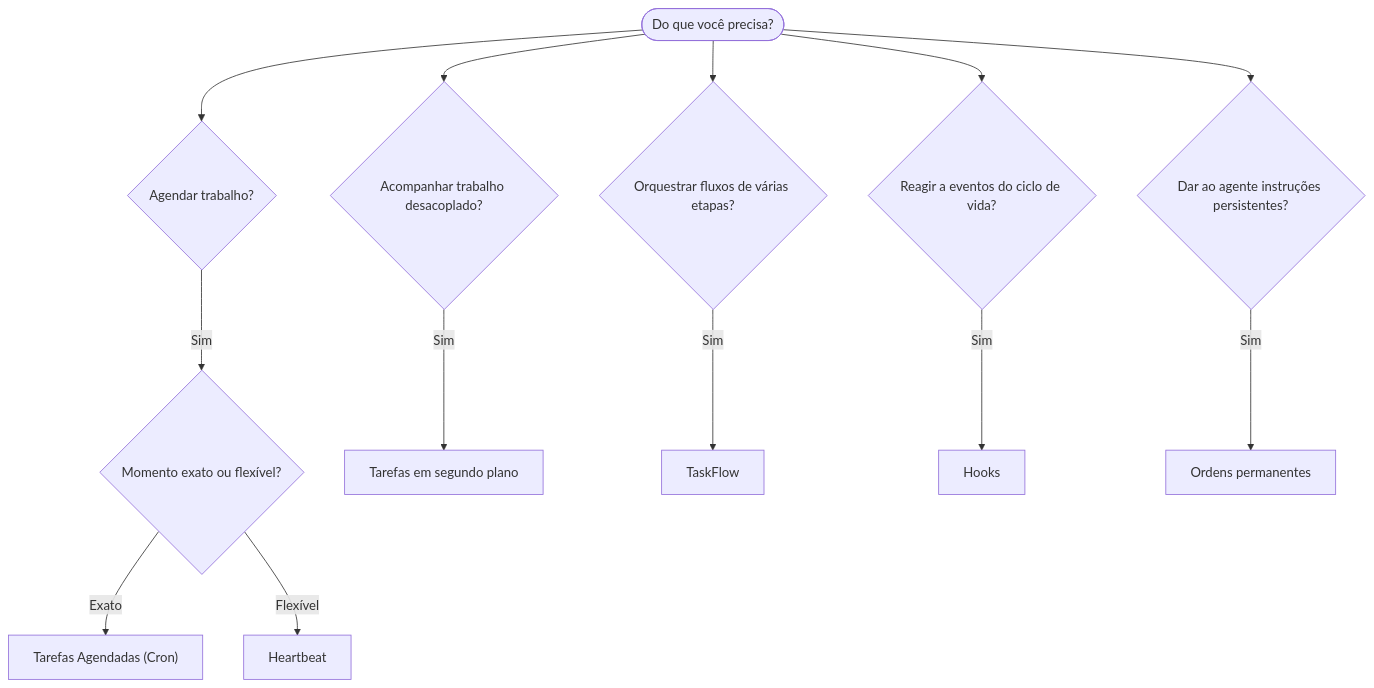
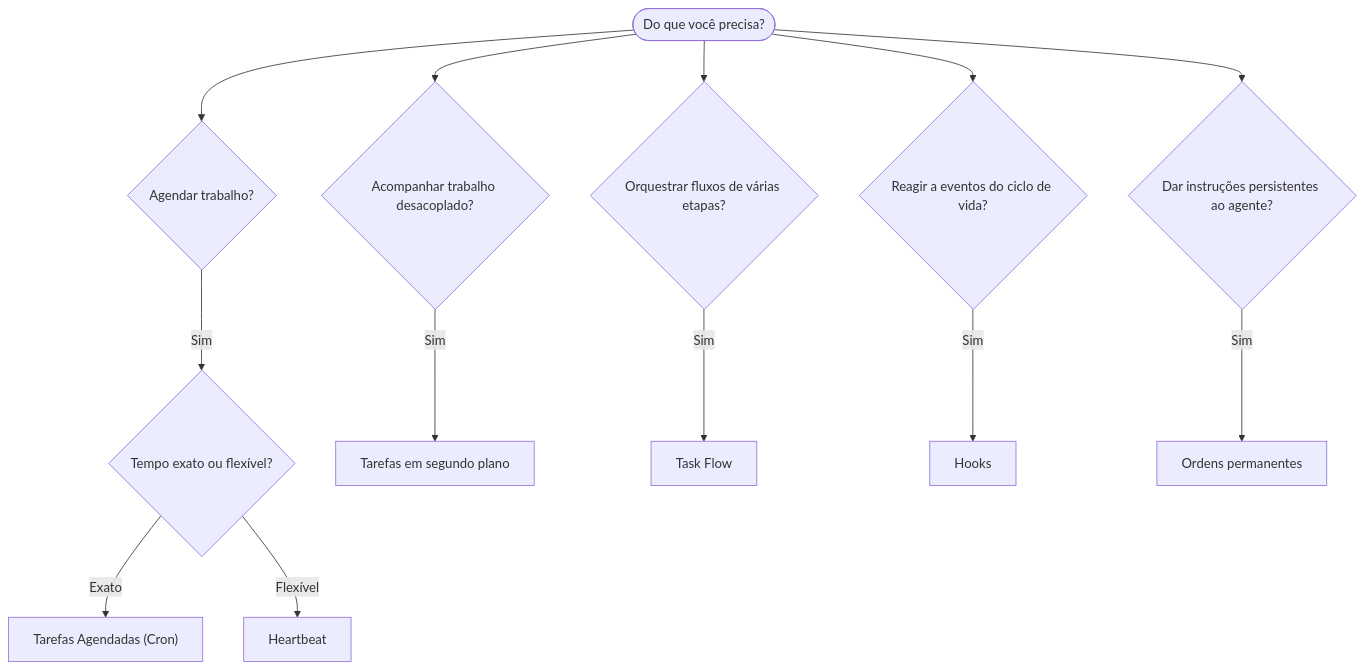
Before and after one commit to openclaw/docs: the diagram in docs/pt-BR/automation/index.md, drawn with Mermaid. The commit also changed other lines of this file and 142 other files, not shown here.

````diff
--- a/docs/pt-BR/automation/index.md
+++ b/docs/pt-BR/automation/index.md
@@ -21,17 +21,17 @@
 ```mermaid
 flowchart TD
     START([Do que você precisa?]) --> Q1{Agendar trabalho?}
     START --> Q2{Acompanhar trabalho desacoplado?}
     START --> Q3{Orquestrar fluxos de várias etapas?}
     START --> Q4{Reagir a eventos do ciclo de vida?}
-    START --> Q5{Dar ao agente instruções persistentes?}
+    START --> Q5{Dar instruções persistentes ao agente?}
 
-    Q1 -->|Sim| Q1a{Momento exato ou flexível?}
+    Q1 -->|Sim| Q1a{Tempo exato ou flexível?}
     Q1a -->|Exato| CRON["Tarefas Agendadas (Cron)"]
     Q1a -->|Flexível| HEARTBEAT[Heartbeat]
 
     Q2 -->|Sim| TASKS[Tarefas em segundo plano]
-    Q3 -->|Sim| FLOW[TaskFlow]
+    Q3 -->|Sim| FLOW[Task Flow]
     Q4 -->|Sim| HOOKS[Hooks]
     Q5 -->|Sim| SO[Ordens permanentes]
 ```
````
